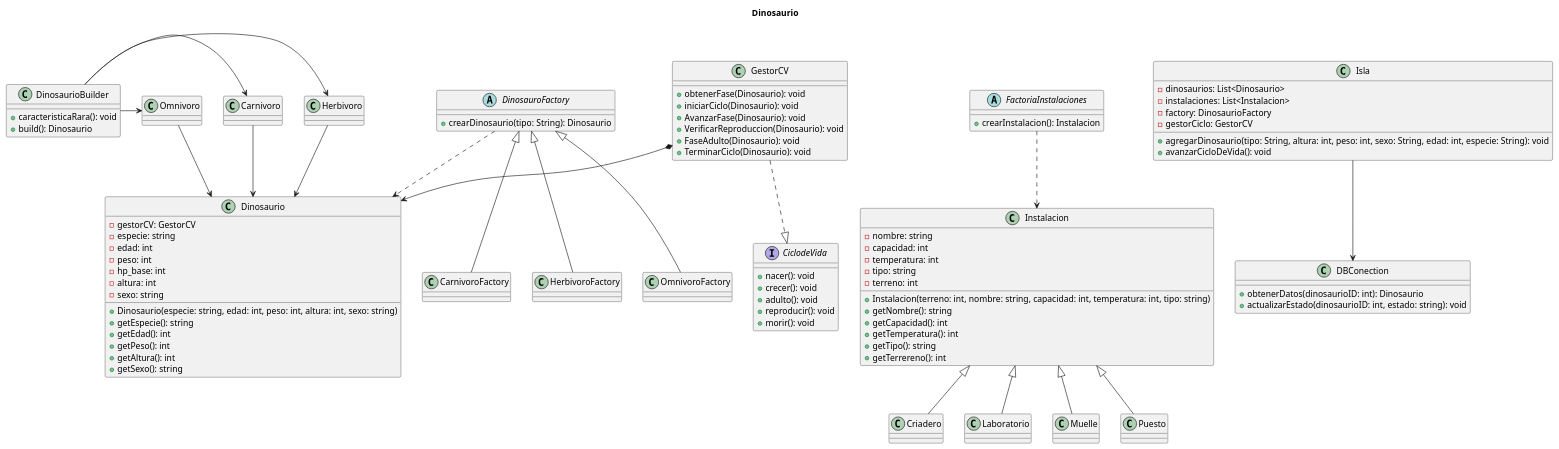
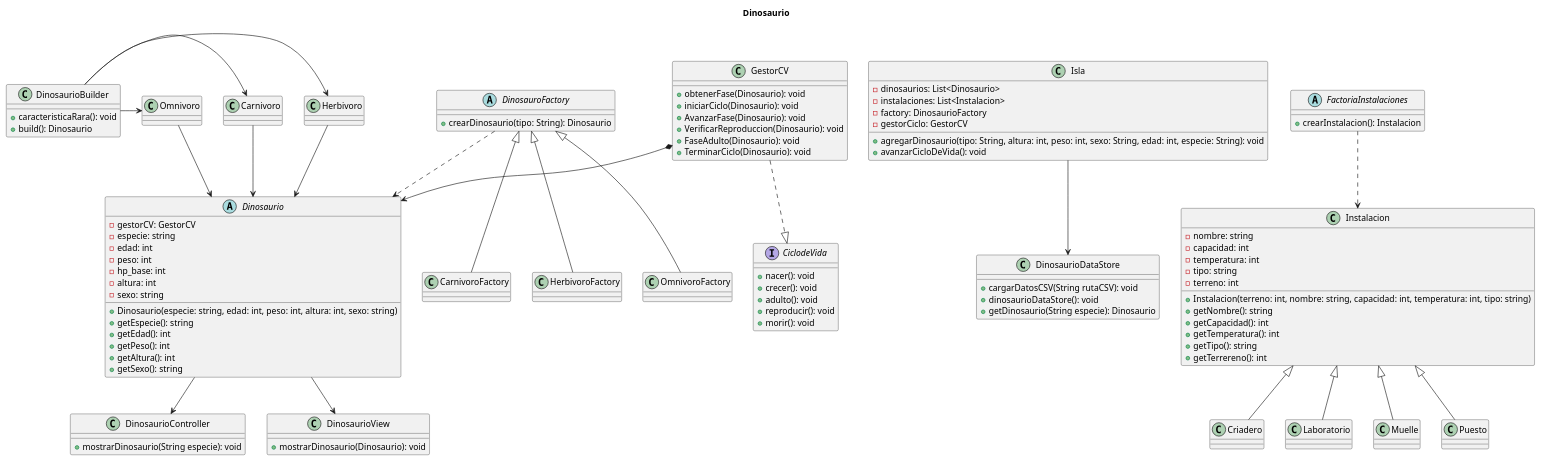
One commit to sssdark302/JurassicPark changed the diagram in uml/Dinosaurio.puml. Above: the diagram before and after it, drawn with PlantUML.

Commit message:
uml actualizado

```diff
--- a/uml/Dinosaurio.puml
+++ b/uml/Dinosaurio.puml
@@ -1,102 +1,109 @@
 @startuml
 'https://plantuml.com/class-diagram
 title Dinosaurio
 
-class Dinosaurio{
+abstract class Dinosaurio{
     -gestorCV: GestorCV
     -especie: string
     -edad: int
     -peso: int
     -hp_base: int
     -altura: int
     -sexo: string
     +Dinosaurio(especie: string, edad: int, peso: int, altura: int, sexo: string)
     +getEspecie(): string
     +getEdad(): int
     +getPeso(): int
     +getAltura(): int
     +getSexo(): string
 }
-
+class DinosaurioController{
+    +mostrarDinosaurio(String especie): void
+}
+class DinosaurioDataStore{
+    +cargarDatosCSV(String rutaCSV): void
+    +dinosaurioDataStore(): void
+    +getDinosaurio(String especie): Dinosaurio
+}
+class DinosaurioView{
+    +mostrarDinosaurio(Dinosaurio): void
+}
 
 class DinosaurioBuilder{
     +caracteristicaRara(): void
     +build(): Dinosaurio
 }
 
 abstract class DinosauroFactory{
     +crearDinosaurio(tipo: String): Dinosaurio
 }
 
 class CarnivoroFactory extends DinosauroFactory{}
 class HerbivoroFactory extends DinosauroFactory{}
 class OmnivoroFactory extends DinosauroFactory{}
 
 abstract class FactoriaInstalaciones{
     +crearInstalacion(): Instalacion
 }
 
 class Instalacion{
     -nombre: string
     -capacidad: int
     -temperatura: int
     -tipo: string
     -terreno: int
     +Instalacion(terreno: int, nombre: string, capacidad: int, temperatura: int, tipo: string)
     +getNombre(): string
     +getCapacidad(): int
     +getTemperatura(): int
     +getTipo(): string
     +getTerrereno(): int
 }
 
 class Criadero extends Instalacion{}
 class Laboratorio extends Instalacion{}
 class Muelle extends Instalacion{}
 class Puesto extends Instalacion{}
 
 interface CiclodeVida{
     +nacer(): void
     +crecer(): void
     +adulto(): void
     +reproducir(): void
     +morir(): void
 }
 
 class GestorCV{
     +obtenerFase(Dinosaurio): void
     +iniciarCiclo(Dinosaurio): void
     +AvanzarFase(Dinosaurio): void
     +VerificarReproduccion(Dinosaurio): void
     +FaseAdulto(Dinosaurio): void
     +TerminarCiclo(Dinosaurio): void
 }
 
-class DBConection{
-    +obtenerDatos(dinosaurioID: int): Dinosaurio
-    +actualizarEstado(dinosaurioID: int, estado: string): void
-}
-
 class Isla{
     -dinosaurios: List<Dinosaurio>
     -instalaciones: List<Instalacion>
     -factory: DinosaurioFactory
     -gestorCiclo: GestorCV
     +agregarDinosaurio(tipo: String, altura: int, peso: int, sexo: String, edad: int, especie: String): void
     +avanzarCicloDeVida(): void
 }
 
 GestorCV *--> Dinosaurio
 Herbivoro --> Dinosaurio
 Carnivoro --> Dinosaurio
 Omnivoro --> Dinosaurio
 GestorCV ..|> CiclodeVida
 DinosauroFactory ..> Dinosaurio
 DinosaurioBuilder -> Herbivoro
 DinosaurioBuilder -> Carnivoro
 DinosaurioBuilder -> Omnivoro
 FactoriaInstalaciones ..> Instalacion
-Isla --> DBConection
+Isla --> DinosaurioDataStore
+Dinosaurio --> DinosaurioController
+Dinosaurio --> DinosaurioView
 
 
 @enduml
```
